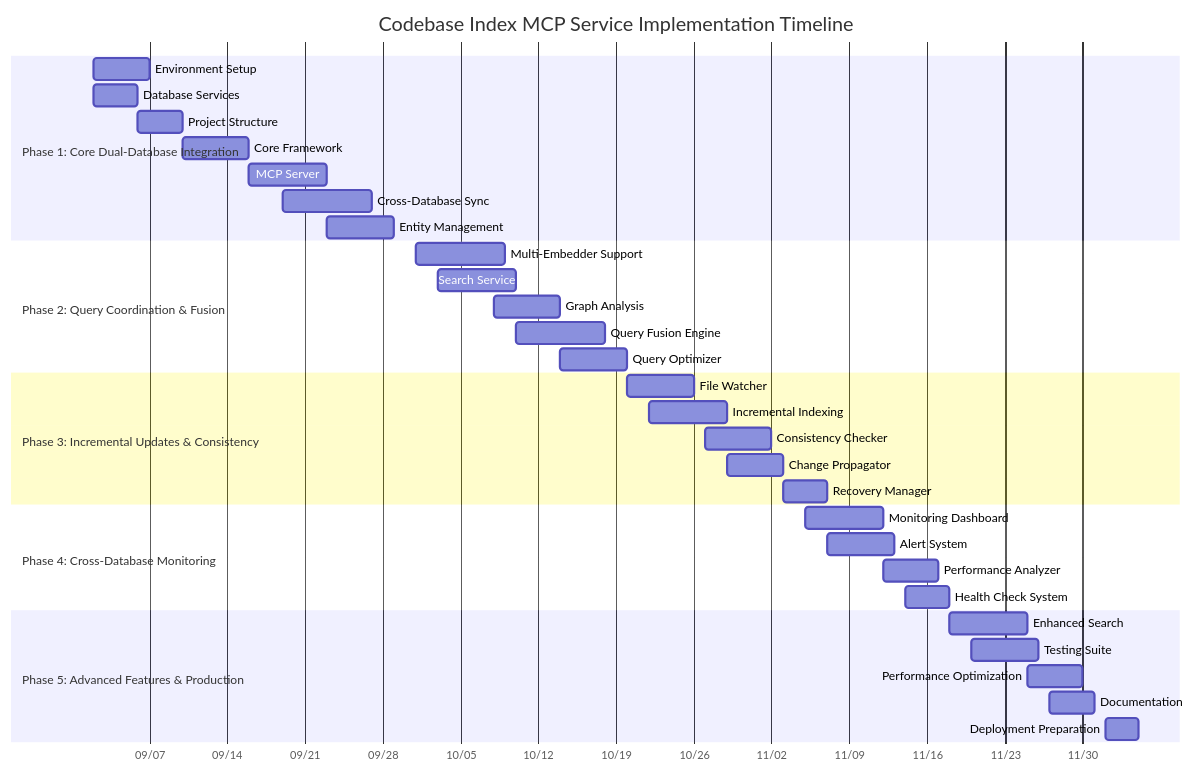
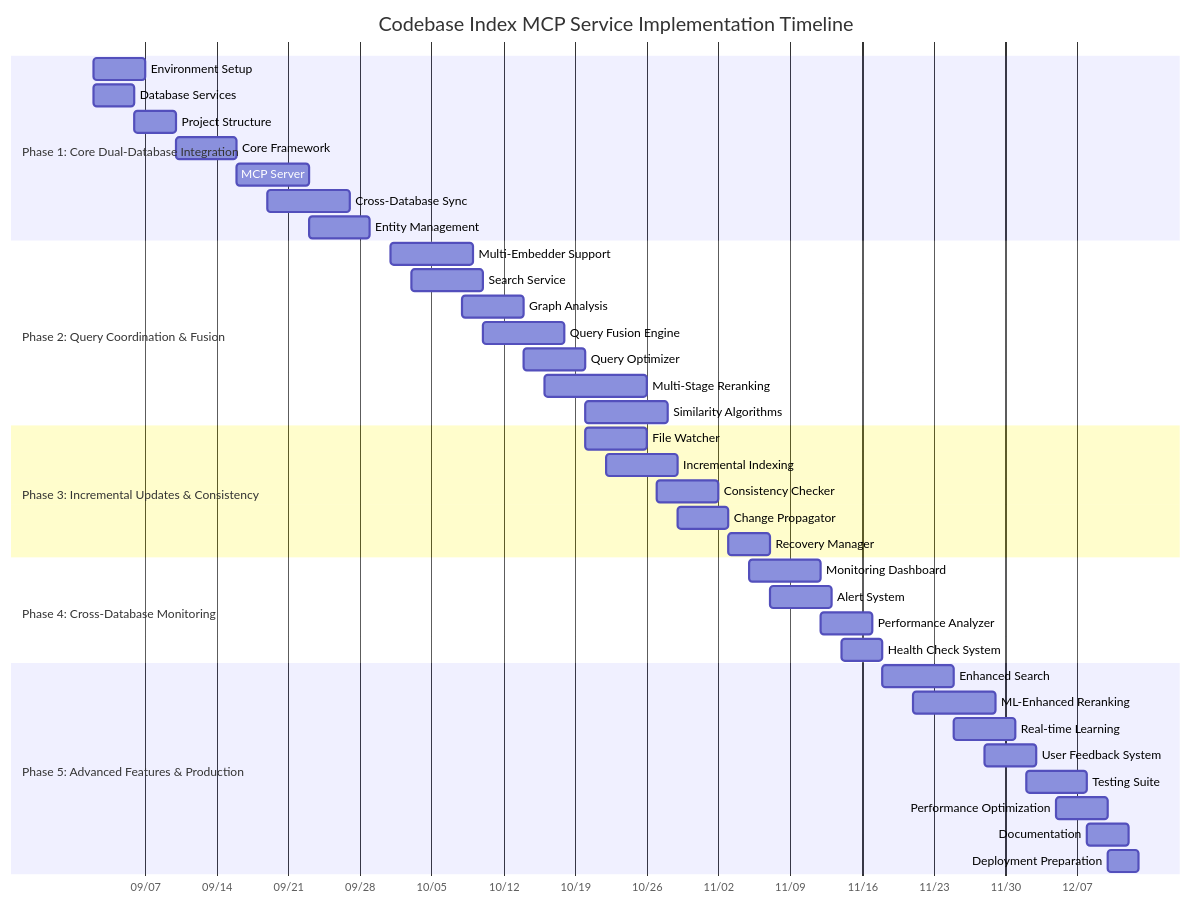
One commit to kkkqkx123/codebase-index-mcp changed the diagram in docs/implement-docs/implementation-roadmap.md. Above: the diagram before and after it, drawn with Mermaid. The commit also changed other lines of this file and 6 other files, not shown here.

````diff
--- a/docs/implement-docs/implementation-roadmap.md
+++ b/docs/implement-docs/implementation-roadmap.md
@@ -7,42 +7,47 @@
 ```mermaid
 gantt
     title Codebase Index MCP Service Implementation Timeline
     dateFormat YYYY-MM-DD
     axisFormat %m/%d
     
     section Phase 1: Core Dual-Database Integration
     Environment Setup          :2025-09-02, 5d
     Database Services         :2025-09-02, 4d
     Project Structure         :2025-09-06, 4d
     Core Framework           :2025-09-10, 6d
     MCP Server               :2025-09-16, 7d
     Cross-Database Sync      :2025-09-19, 8d
     Entity Management        :2025-09-23, 6d
     
     section Phase 2: Query Coordination & Fusion
     Multi-Embedder Support  :2025-10-01, 8d
     Search Service          :2025-10-03, 7d
     Graph Analysis          :2025-10-08, 6d
     Query Fusion Engine      :2025-10-10, 8d
     Query Optimizer         :2025-10-14, 6d
+    Multi-Stage Reranking   :2025-10-16, 10d
+    Similarity Algorithms   :2025-10-20, 8d
     
     section Phase 3: Incremental Updates & Consistency
     File Watcher           :2025-10-20, 6d
     Incremental Indexing   :2025-10-22, 7d
     Consistency Checker    :2025-10-27, 6d
     Change Propagator      :2025-10-29, 5d
     Recovery Manager       :2025-11-03, 4d
     
     section Phase 4: Cross-Database Monitoring
     Monitoring Dashboard   :2025-11-05, 7d
     Alert System           :2025-11-07, 6d
     Performance Analyzer   :2025-11-12, 5d
     Health Check System    :2025-11-14, 4d
     
     section Phase 5: Advanced Features & Production
     Enhanced Search        :2025-11-18, 7d
-    Testing Suite          :2025-11-20, 6d
-    Performance Optimization :2025-11-25, 5d
-    Documentation          :2025-11-27, 4d
-    Deployment Preparation :2025-12-02, 3d
+    ML-Enhanced Reranking   :2025-11-21, 8d
+    Real-time Learning      :2025-11-25, 6d
+    User Feedback System    :2025-11-28, 5d
+    Testing Suite          :2025-12-02, 6d
+    Performance Optimization :2025-12-05, 5d
+    Documentation          :2025-12-08, 4d
+    Deployment Preparation :2025-12-10, 3d
 ```
````
